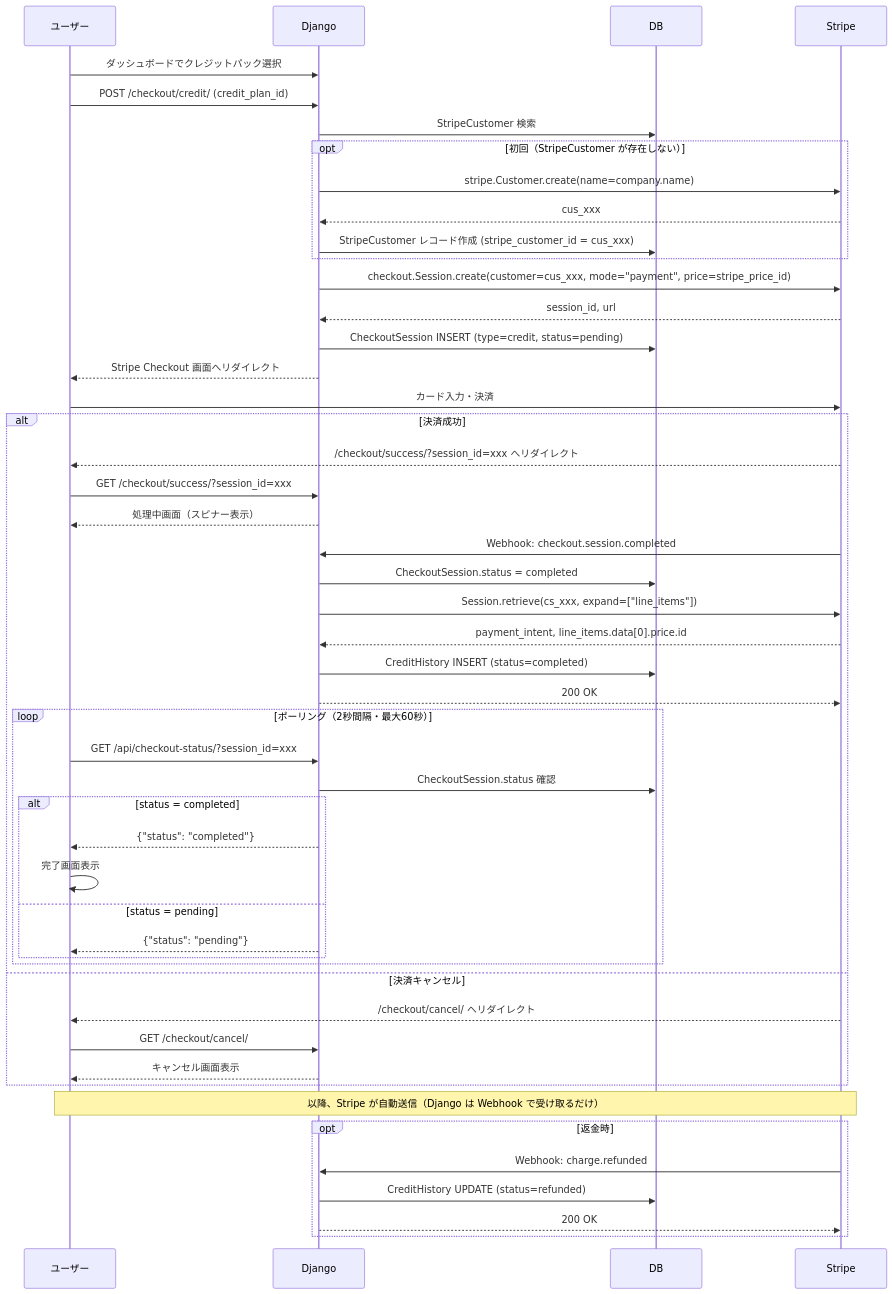
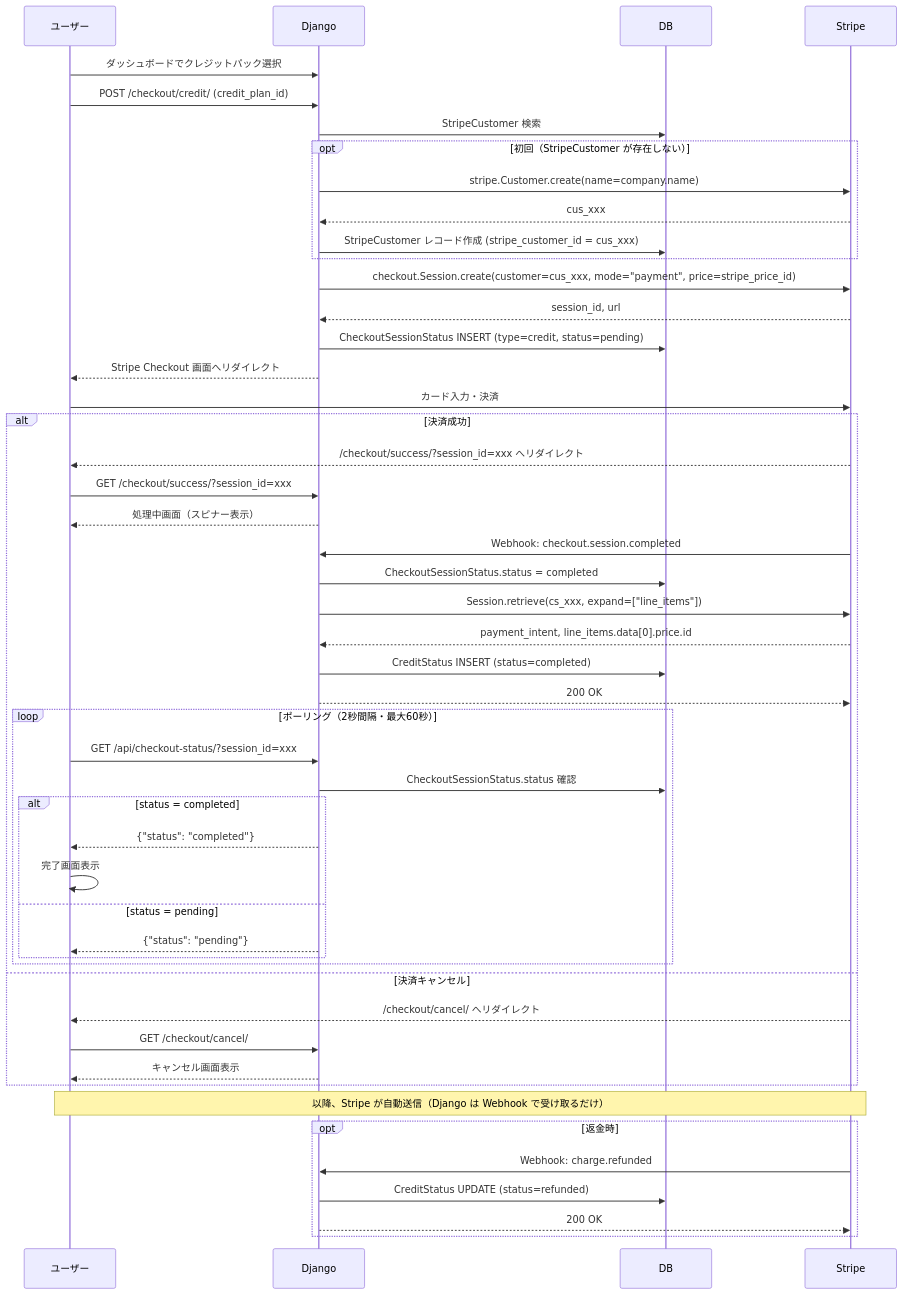
The second of 4 diagrams in docs/sequence-diagram.md (suzuki-tomok/payment-core), drawn with Mermaid before and after one commit. The commit also changed other lines of this file and 25 other files, not shown here.

````diff
--- a/docs/sequence-diagram.md
+++ b/docs/sequence-diagram.md
@@ -83,62 +83,62 @@
 ```mermaid
 sequenceDiagram
     participant U as ユーザー
     participant D as Django
     participant DB as DB
     participant S as Stripe
 
     U->>D: ダッシュボードでクレジットパック選択
     U->>D: POST /checkout/credit/ (credit_plan_id)
 
     D->>DB: StripeCustomer 検索
 
     opt 初回（StripeCustomer が存在しない）
         D->>S: stripe.Customer.create(name=company.name)
         S-->>D: cus_xxx
         D->>DB: StripeCustomer レコード作成 (stripe_customer_id = cus_xxx)
     end
 
     D->>S: checkout.Session.create(customer=cus_xxx, mode="payment", price=stripe_price_id)
     S-->>D: session_id, url
-    D->>DB: CheckoutSession INSERT (type=credit, status=pending)
+    D->>DB: CheckoutSessionStatus INSERT (type=credit, status=pending)
     D-->>U: Stripe Checkout 画面へリダイレクト
 
     U->>S: カード入力・決済
 
     alt 決済成功
         S-->>U: /checkout/success/?session_id=xxx へリダイレクト
         U->>D: GET /checkout/success/?session_id=xxx
         D-->>U: 処理中画面（スピナー表示）
 
         S->>D: Webhook: checkout.session.completed
-        D->>DB: CheckoutSession.status = completed
+        D->>DB: CheckoutSessionStatus.status = completed
         D->>S: Session.retrieve(cs_xxx, expand=["line_items"])
         S-->>D: payment_intent, line_items.data[0].price.id
-        D->>DB: CreditHistory INSERT (status=completed)
+        D->>DB: CreditStatus INSERT (status=completed)
         D-->>S: 200 OK
 
         loop ポーリング（2秒間隔・最大60秒）
             U->>D: GET /api/checkout-status/?session_id=xxx
-            D->>DB: CheckoutSession.status 確認
+            D->>DB: CheckoutSessionStatus.status 確認
             alt status = completed
                 D-->>U: {"status": "completed"}
                 U->>U: 完了画面表示
             else status = pending
                 D-->>U: {"status": "pending"}
             end
         end
 
     else 決済キャンセル
         S-->>U: /checkout/cancel/ へリダイレクト
         U->>D: GET /checkout/cancel/
         D-->>U: キャンセル画面表示
     end
 
     Note over U,S: 以降、Stripe が自動送信（Django は Webhook で受け取るだけ）
 
     opt 返金時
         S->>D: Webhook: charge.refunded
-        D->>DB: CreditHistory UPDATE (status=refunded)
+        D->>DB: CreditStatus UPDATE (status=refunded)
         D-->>S: 200 OK
     end
 ```
````
